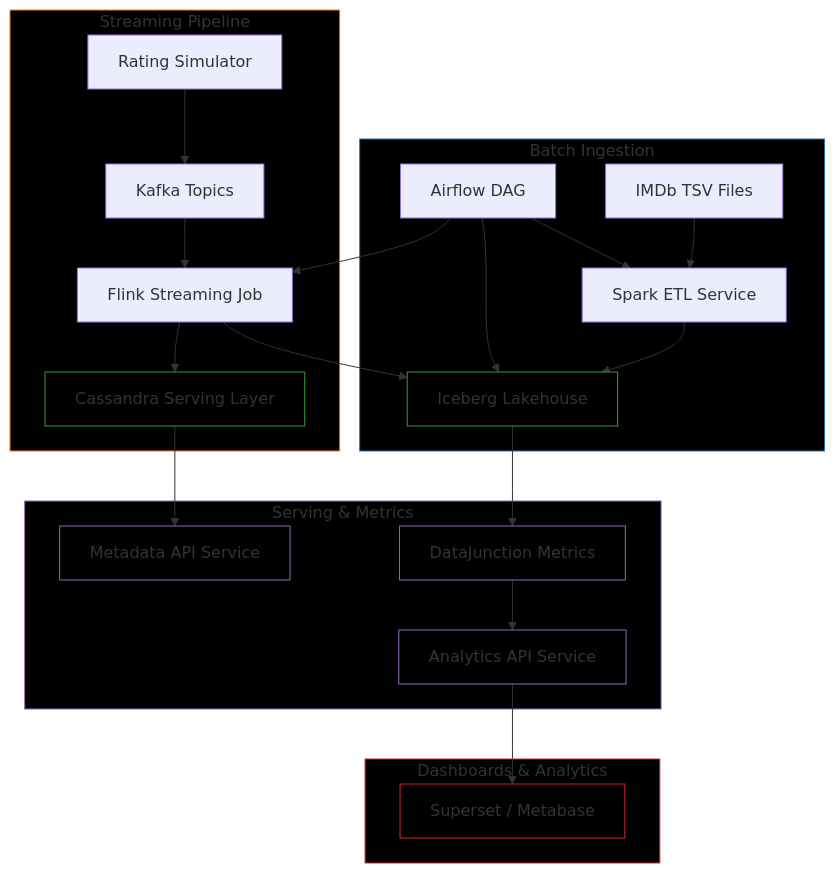
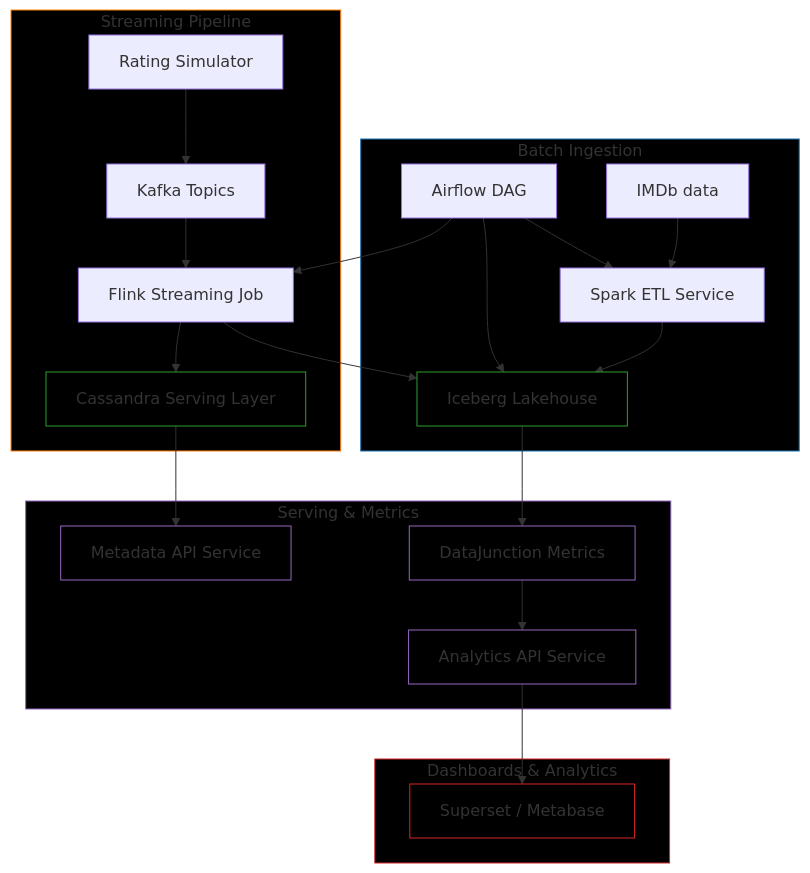
One commit to cmday002/popcorndb changed the diagram in README.md. Above: the diagram before and after it, drawn with Mermaid. The commit also changed 20 other files, not shown here.

Commit message:
Added spark-etl service

````diff
--- a/README.md
+++ b/README.md
@@ -23,45 +23,45 @@
 ```mermaid
 flowchart TD
     subgraph Batch["Batch Ingestion"]
-        IMDb[IMDb TSV Files] --> SparkETL[Spark ETL Service]
+        IMDb[IMDb data] --> SparkETL[Spark ETL Service]
         SparkETL --> Iceberg[Iceberg Lakehouse]
         AirflowDAG[Airflow DAG] --> SparkETL
         AirflowDAG --> Iceberg
     end
 
     subgraph Streaming["Streaming Pipeline"]
         RatingSim[Rating Simulator] --> Kafka[Kafka Topics]
         Kafka --> Flink[Flink Streaming Job]
         Flink --> Cassandra[Cassandra Serving Layer]
         Flink --> Iceberg
         AirflowDAG --> Flink
     end
 
     subgraph APIs["Serving & Metrics"]
         Cassandra --> MetadataAPI[Metadata API Service]
         Iceberg --> DataJunction[DataJunction Metrics]
         DataJunction --> AnalyticsAPI[Analytics API Service]
     end
 
     subgraph AnalyticsDashboards["Dashboards & Analytics"]
         AnalyticsAPI --> Dashboard[Superset / Metabase]
     end
 
     %% Styling
     classDef batch fill:#000,stroke:#1f77b4,stroke-width:1px;
     classDef stream fill:#000,stroke:#ff7f0e,stroke-width:1px;
     classDef storage fill:#000,stroke:#2ca02c,stroke-width:1px;
     classDef api fill:#000,stroke:#9467bd,stroke-width:1px;
     classDef dashboard fill:#000,stroke:#d62728,stroke-width:1px;
     classDef apis fill:#000,stroke:#d62728,stroke-width:1px;
 
     class Batch batch;
     class Streaming stream;
     class Iceberg storage;
     class Cassandra storage;
     class MetadataAPI,AnalyticsAPI,DataJunction api;
     class Dashboard dashboard;
     class AnalyticsDashboards dashboard;
     class APIs api;
 
 ```
````
